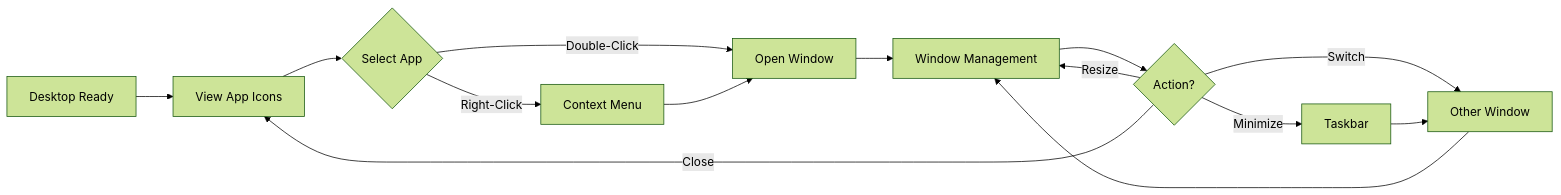
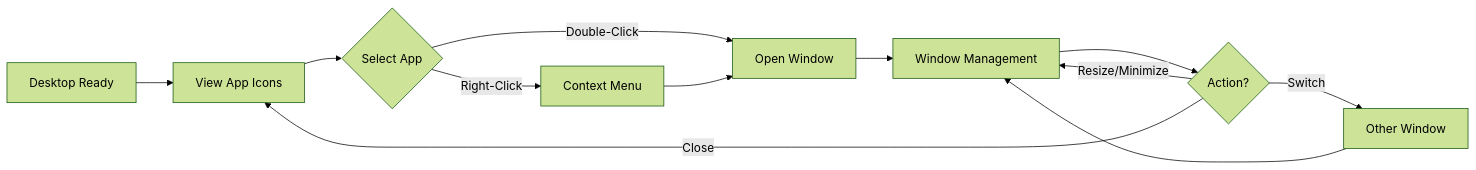
Before and after one commit to RoundRobinHood/cogniflight-cloud: the second of 10 diagrams in docs/SEN3781_Assignment4_Information_Architecture_Report.md, drawn with Mermaid (forest theme). The commit also changed other lines of this file, not shown here.

Commit message:
made diagrams to continue on next line

````diff
--- a/docs/SEN3781_Assignment4_Information_Architecture_Report.md
+++ b/docs/SEN3781_Assignment4_Information_Architecture_Report.md
@@ -168,16 +163,10 @@
 ```mermaid
 flowchart LR
-    A[Desktop Ready] --> B[View App Icons]
-    B --> C{Select App}
-    C -->|Double-Click| D[Open Window]
-    C -->|Right-Click| E[Context Menu]
-    E --> D
-    D --> F[Window Management]
+    A[Desktop Ready] --> B[View App Icons] --> C{Select App}
+    C -->|Double-Click| D[Open Window] --> F[Window Management]
+    C -->|Right-Click| E[Context Menu] --> D
     F --> G{Action?}
-    G -->|Resize| F
-    G -->|Minimize| H[Taskbar]
-    G -->|Switch| I[Other Window]
+    G -->|Resize/Minimize| F
+    G -->|Switch| I[Other Window] --> F
     G -->|Close| B
-    H --> I
-    I --> F
 ```
````
